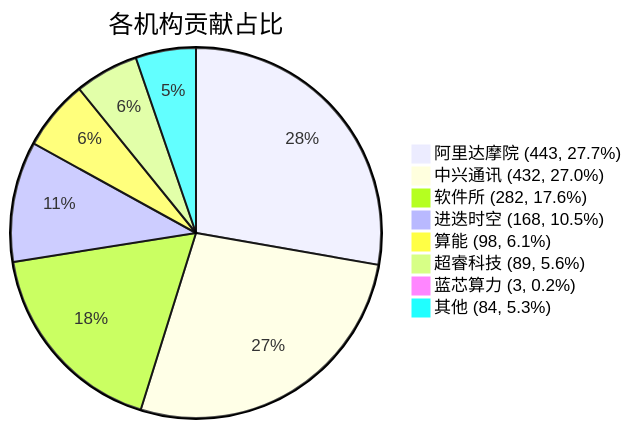
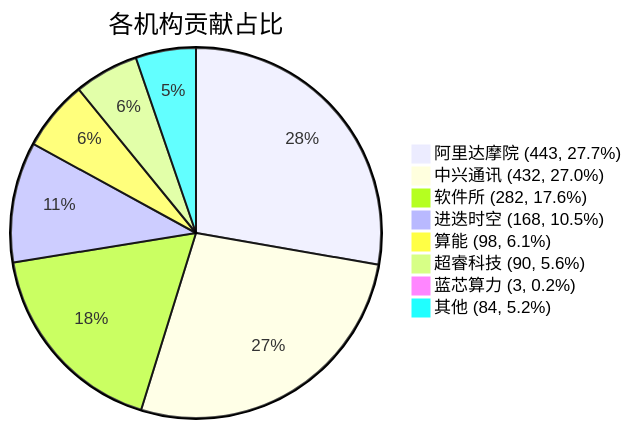
One commit to RVCK-Project/rvck changed the diagram in docs/index.md. Above: the diagram before and after it, drawn with Mermaid. The commit also changed other lines of this file and 24 other files, not shown here.

````diff
--- a/docs/index.md
+++ b/docs/index.md
@@ -40,11 +40,11 @@
 ```mermaid
 pie title 各机构贡献占比
     "阿里达摩院 (443, 27.7%)" : 443
     "中兴通讯 (432, 27.0%)" : 432
     "软件所 (282, 17.6%)" : 282
     "进迭时空 (168, 10.5%)" : 168
     "算能 (98, 6.1%)" : 98
-    "超睿科技 (89, 5.6%)" : 89
+    "超睿科技 (90, 5.6%)" : 90
     "蓝芯算力 (3, 0.2%)" : 3
-    "其他 (84, 5.3%)" : 84
+    "其他 (84, 5.2%)" : 84
 ```
````
